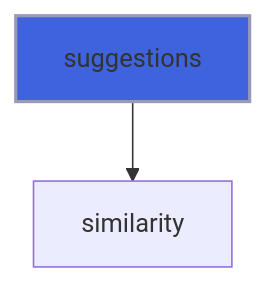
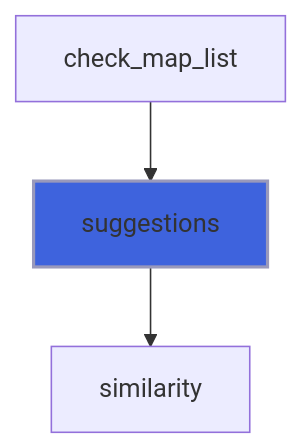
Diagram 15 of 16 in docs/api/src/lib/flap_utils_m.md (szaghi/FLAP), drawn with Mermaid before and after one commit. The commit also changed other lines of this file and 16 other files, not shown here.

````diff
--- a/docs/api/src/lib/flap_utils_m.md
+++ b/docs/api/src/lib/flap_utils_m.md
@@ -554,5 +562,6 @@
 ```mermaid
 flowchart TD
+  check_map_list["check_map_list"] --> suggestions["suggestions"]
   suggestions["suggestions"] --> similarity["similarity"]
   style suggestions fill:#3e63dd,stroke:#99b,stroke-width:2px
 ```
````
